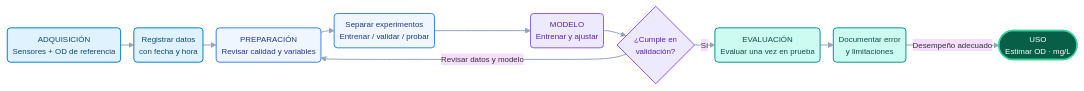
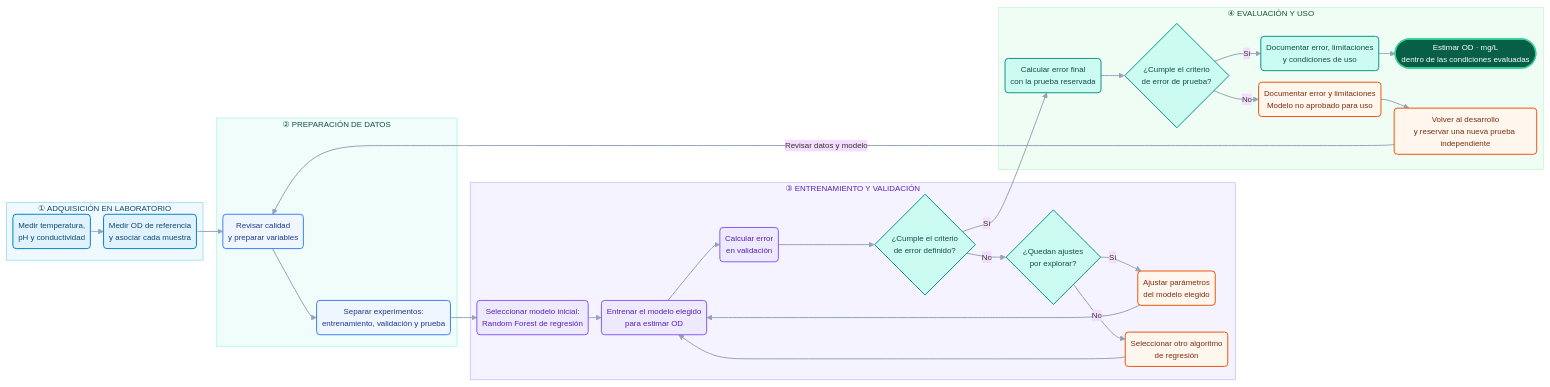
Before and after one commit to Marco404-Dev/PI_Equipo_09: the diagram in README.md, drawn with Mermaid. The commit also changed other lines of this file, not shown here.

````diff
--- a/README.md
+++ b/README.md
@@ -297,32 +297,66 @@
 ```mermaid
 %%{init: {"theme": "base", "themeVariables": {"fontSize": "12px"}, "flowchart": {"nodeSpacing": 15, "rankSpacing": 20, "padding": 8}}}%%
 flowchart LR
-    A("ADQUISICIÓN<br/>Sensores + OD de referencia")
-    B("Registrar datos<br/>con fecha y hora")
-    C("PREPARACIÓN<br/>Revisar calidad y variables")
-    D("Separar experimentos<br/>Entrenar / validar / probar")
-    E("MODELO<br/>Entrenar y ajustar")
-    F{"¿Cumple en<br/>validación?"}
-    G("EVALUACIÓN<br/>Evaluar una vez en prueba")
-    H("Documentar error<br/>y limitaciones")
-    I(["USO<br/>Estimar OD · mg/L"])
+    subgraph S1["① ADQUISICIÓN EN LABORATORIO"]
+        A("Medir temperatura,<br/>pH y conductividad")
+        B("Medir OD de referencia<br/>y asociar cada muestra")
+        A --> B
+    end
 
-    A --> B --> C --> D --> E --> F
-    F -- Revisar datos y modelo --> C
-    F -- Sí --> G --> H
-    H -- Desempeño adecuado --> I
+    subgraph S2["② PREPARACIÓN DE DATOS"]
+        C("Revisar calidad<br/>y preparar variables")
+        D("Separar experimentos:<br/>entrenamiento, validación y prueba")
+        C --> D
+    end
+
+    subgraph S3["③ ENTRENAMIENTO Y VALIDACIÓN"]
+        N("Seleccionar modelo inicial:<br/>Random Forest de regresión")
+        E("Entrenar el modelo elegido<br/>para estimar OD")
+        F("Calcular error<br/>en validación")
+        G{"¿Cumple el criterio<br/>de error definido?"}
+        Q{"¿Quedan ajustes<br/>por explorar?"}
+        H("Ajustar parámetros<br/>del modelo elegido")
+        R("Seleccionar otro algoritmo<br/>de regresión")
+        N --> E --> F --> G
+        G -- No --> Q
+        Q -- Sí --> H --> E
+        Q -- No --> R --> E
+    end
+
+    subgraph S4["④ EVALUACIÓN Y USO"]
+        I("Calcular error final<br/>con la prueba reservada")
+        P{"¿Cumple el criterio<br/>de error de prueba?"}
+        J("Documentar error, limitaciones<br/>y condiciones de uso")
+        K(["Estimar OD · mg/L<br/>dentro de las condiciones evaluadas"])
+        L("Documentar error y limitaciones<br/>Modelo no aprobado para uso")
+        M("Volver al desarrollo<br/>y reservar una nueva prueba independiente")
+        I --> P
+        P -- Sí --> J --> K
+        P -- No --> L --> M
+    end
+
+    B --> C
+    D --> N
+    G -- Sí --> I
+    M -- Revisar datos y modelo --> C
 
     classDef datos fill:#E0F2FE,stroke:#0284C7,color:#0C4A6E,stroke-width:1.5px;
     classDef preparacion fill:#EFF6FF,stroke:#3B82F6,color:#1E3A8A,stroke-width:1.5px;
     classDef modelo fill:#EDE9FE,stroke:#8B5CF6,color:#5B21B6,stroke-width:1.5px;
-    classDef evaluacion fill:#CCFBF1,stroke:#0D9488,color:#134E4A,stroke-width:1.5px;
+    classDef decision fill:#CCFBF1,stroke:#0D9488,color:#134E4A,stroke-width:1.5px;
+    classDef revision fill:#FFF7ED,stroke:#EA580C,color:#7C2D12,stroke-width:1.5px;
     classDef resultado fill:#065F46,stroke:#34D399,color:#FFFFFF,stroke-width:2px;
 
     class A,B datos;
     class C,D preparacion;
-    class E,F modelo;
-    class G,H evaluacion;
-    class I resultado;
+    class N,E,F modelo;
+    class G,Q,I,J,P decision;
+    class H,R,L,M revision;
+    class K resultado;
 
+    style S1 fill:#F0F9FF,stroke:#7DD3FC,color:#0C4A6E
+    style S2 fill:#F0FDFA,stroke:#99F6E4,color:#134E4A
+    style S3 fill:#F5F3FF,stroke:#C4B5FD,color:#5B21B6
+    style S4 fill:#F0FDF4,stroke:#BBF7D0,color:#14532D
     linkStyle default stroke:#94A3B8,stroke-width:1.5px;
 ```
````
